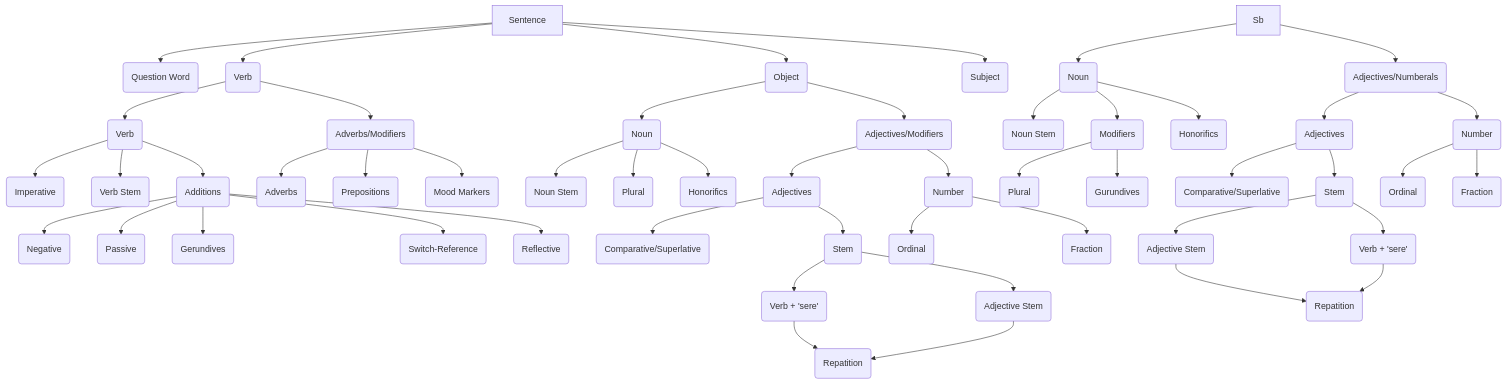
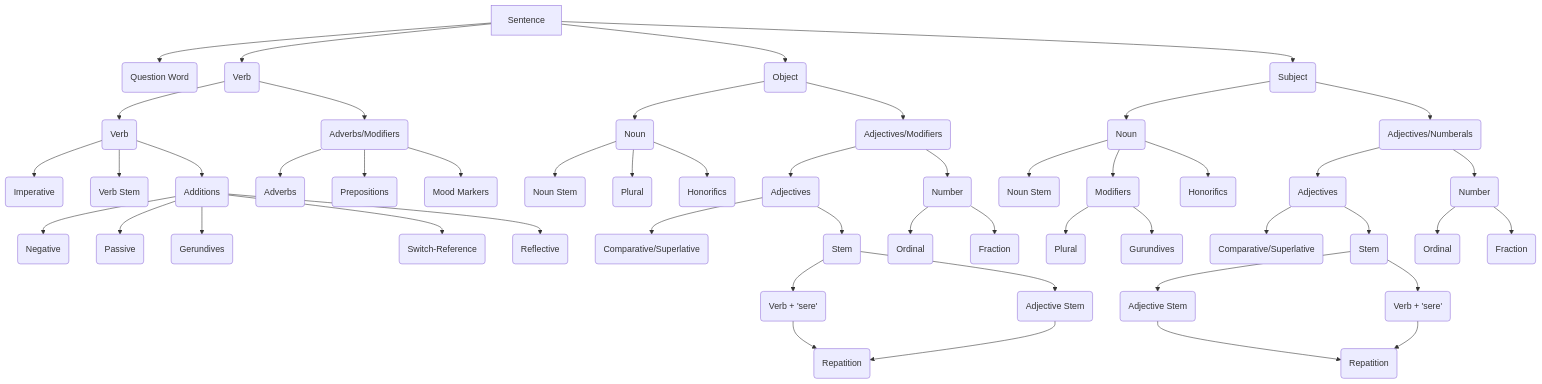
Before and after one commit to 17yb/Ti-iwo: the diagram in README.md, drawn with Mermaid.

Commit message:
Small fix

````diff
--- a/README.md
+++ b/README.md
@@ -4,52 +4,52 @@
 ```mermaid
 flowchart TD
     Sen[Sentence] 
     Sen--> QW(Question Word)
     Sen--> Vb(Verb)
     Sen--> Ob(Object)
-    Sen--> Sub(Subject)
+    Sen--> Sb(Subject)
     Vb--> Verb(Verb)
     Vb--> AdM(Adverbs/Modifiers)
     Verb--> Im(Imperative)
     Verb--> VbSt(Verb Stem)
     Verb--> VbAd(Additions)
     VbAd--> NgVb(Negative)
     VbAd--> PaVb(Passive)
     VbAd--> GeVB(Gerundives)
     VbAd--> SRVb(Switch-Reference)
     VbAd--> ReVb(Reflective)
     AdM--> Adv(Adverbs)
     AdM--> Prep(Prepositions)
     AdM--> MM(Mood Markers)
     Ob--> ObN(Noun)
     ObN--> ObSt(Noun Stem)
     ObN--> ObPl(Plural)
     ObN--> ObHo(Honorifics)
     Ob--> ObM(Adjectives/Modifiers)
     ObM--> ObAd(Adjectives)
     ObAd--> ObSC(Comparative/Superlative)
     ObAd--> ObASt(Stem)
     ObASt--> ObVSt("Verb + 'sere'")
     ObASt--> ObAdSt(Adjective Stem)
     ObVSt & ObAdSt--> ObRe(Repatition)
     ObM--> ObNum(Number)
     ObNum--> ObOrd(Ordinal)
     ObNum--> ObFra(Fraction)
     Sb--> SbN(Noun)
     SbN--> SbSt(Noun Stem)
     SbN--> SbNM(Modifiers)
     SbNM--> SbPl(Plural)
     SbNM--> SbGer(Gurundives)
     SbN--> SbHo(Honorifics)
     Sb--> SbAdN(Adjectives/Numberals)
     SbAdN--> SbAd(Adjectives)
     SbAd--> SbSC(Comparative/Superlative)
     SbAd--> SbAdSt(Stem)
     SbAdSt--> SbAdjSt(Adjective Stem)
     SbAdSt--> SbAdVb("Verb + 'sere'")
     SbAdjSt & SbAdVb--> SbAdRe(Repatition)
     SbAdN--> SbNum(Number)
     SbNum--> SbOrd(Ordinal)
     SbNum--> SbFra(Fraction)
 
 ```
````
